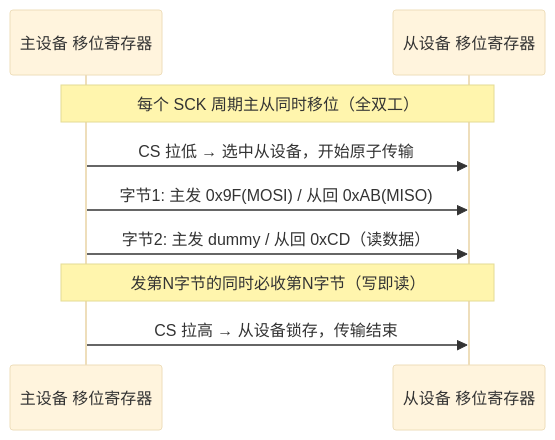
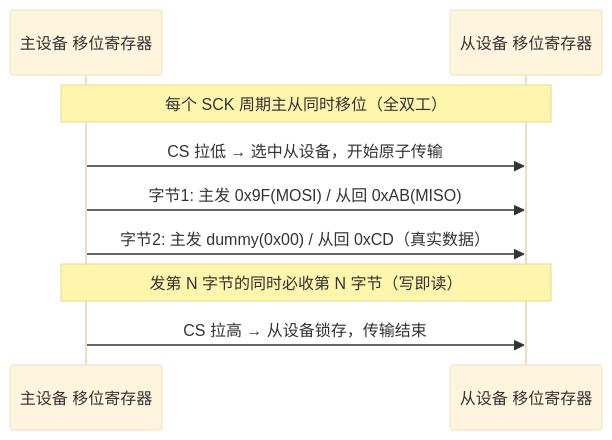
Before and after one commit to 1208826038/embedded-skill-notes: the fourth of 7 diagrams in articles/p03-spi.md, drawn with Mermaid (base theme). The commit also changed other lines of this file, not shown here.

````diff
--- a/articles/p03-spi.md
+++ b/articles/p03-spi.md
@@ -48,11 +266,11 @@
 ```mermaid
 sequenceDiagram
     participant M as 主设备 移位寄存器
     participant S as 从设备 移位寄存器
     Note over M,S: 每个 SCK 周期主从同时移位（全双工）
     M->>S: CS 拉低 → 选中从设备，开始原子传输
     M->>S: 字节1: 主发 0x9F(MOSI) / 从回 0xAB(MISO)
-    M->>S: 字节2: 主发 dummy / 从回 0xCD（读数据）
-    Note over M,S: 发第N字节的同时必收第N字节（写即读）
+    M->>S: 字节2: 主发 dummy(0x00) / 从回 0xCD（真实数据）
+    Note over M,S: 发第 N 字节的同时必收第 N 字节（写即读）
     M->>S: CS 拉高 → 从设备锁存，传输结束
 ```
````
